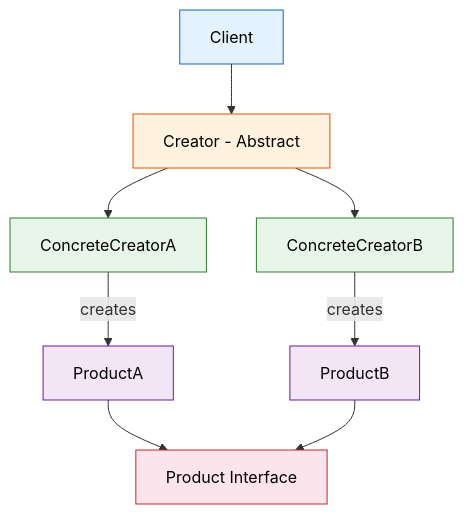
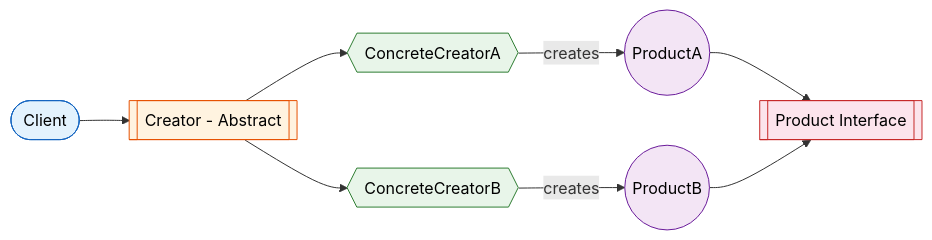
One commit to saivamsikaruturi/vamsilabs-dev-notes-main changed the second of 3 diagrams in docs/designpatterns/creationalDesignPatterns/FactoryDesignPattern.md. Above: the diagram before and after it, drawn with Mermaid. The commit also changed other lines of this file and 146 other files, not shown here.

Commit message:
Horizontal diagrams, UML class diagrams, typography overhaul, and permalink cleanup

````diff
--- a/docs/designpatterns/creationalDesignPatterns/FactoryDesignPattern.md
+++ b/docs/designpatterns/creationalDesignPatterns/FactoryDesignPattern.md
@@ -33,18 +33,18 @@
 ```mermaid
-flowchart TD
-    A[Client] --> B[Creator - Abstract]
-    B --> C[ConcreteCreatorA]
-    B --> D[ConcreteCreatorB]
-    C -->|creates| E[ProductA]
-    D -->|creates| F[ProductB]
-    E --> G[Product Interface]
+flowchart LR
+    A(["Client"]) --> B[["Creator - Abstract"]]
+    B --> C{{"ConcreteCreatorA"}}
+    B --> D{{"ConcreteCreatorB"}}
+    C -->|creates| E(("ProductA"))
+    D -->|creates| F(("ProductB"))
+    E --> G[["Product Interface"]]
     F --> G
 
     style A fill:#E3F2FD,stroke:#1565C0,color:#000
     style B fill:#FFF3E0,stroke:#E65100,color:#000
     style C fill:#E8F5E9,stroke:#2E7D32,color:#000
     style D fill:#E8F5E9,stroke:#2E7D32,color:#000
     style E fill:#F3E5F5,stroke:#6A1B9A,color:#000
     style F fill:#F3E5F5,stroke:#6A1B9A,color:#000
     style G fill:#FCE4EC,stroke:#C62828,color:#000
 ```
````
